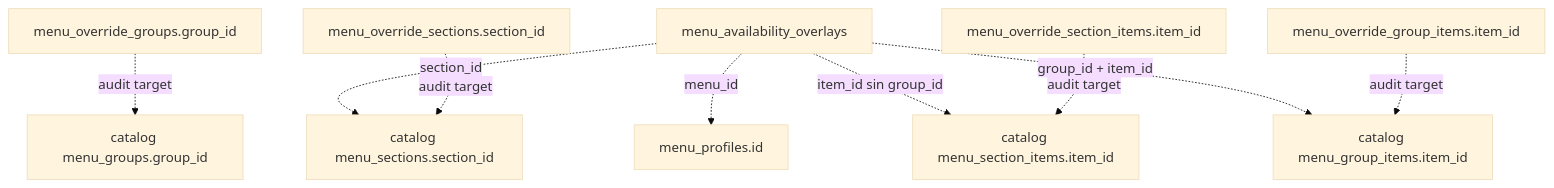
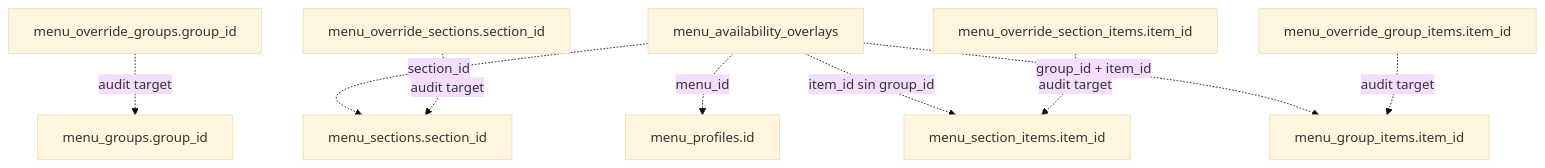
One commit to materamos/ElFaraonCatering changed the fourth of 4 diagrams in docs/supabase/schema-diagram.md. Above: the diagram before and after it, drawn with Mermaid (base theme). The commit also changed other lines of this file and 11 other files, not shown here.

````diff
--- a/docs/supabase/schema-diagram.md
+++ b/docs/supabase/schema-diagram.md
@@ -257,24 +254,24 @@
 ```mermaid
 flowchart TD
   OVERRIDE_SECTIONS["menu_override_sections.section_id"]
   OVERRIDE_GROUPS["menu_override_groups.group_id"]
   OVERRIDE_SECTION_ITEMS["menu_override_section_items.item_id"]
   OVERRIDE_GROUP_ITEMS["menu_override_group_items.item_id"]
   AVAILABILITY["menu_availability_overlays"]
 
-  CATALOG_SECTIONS["catalog menu_sections.section_id"]
-  CATALOG_GROUPS["catalog menu_groups.group_id"]
-  DIRECT_ITEMS["catalog menu_section_items.item_id"]
-  GROUPED_ITEMS["catalog menu_group_items.item_id"]
+  CATALOG_SECTIONS["menu_sections.section_id"]
+  CATALOG_GROUPS["menu_groups.group_id"]
+  DIRECT_ITEMS["menu_section_items.item_id"]
+  GROUPED_ITEMS["menu_group_items.item_id"]
   PROFILES["menu_profiles.id"]
 
   OVERRIDE_SECTIONS -. "audit target" .-> CATALOG_SECTIONS
   OVERRIDE_GROUPS -. "audit target" .-> CATALOG_GROUPS
   OVERRIDE_SECTION_ITEMS -. "audit target" .-> DIRECT_ITEMS
   OVERRIDE_GROUP_ITEMS -. "audit target" .-> GROUPED_ITEMS
 
   AVAILABILITY -. "menu_id" .-> PROFILES
   AVAILABILITY -. "section_id" .-> CATALOG_SECTIONS
   AVAILABILITY -. "group_id + item_id" .-> GROUPED_ITEMS
   AVAILABILITY -. "item_id sin group_id" .-> DIRECT_ITEMS
 ```
````
